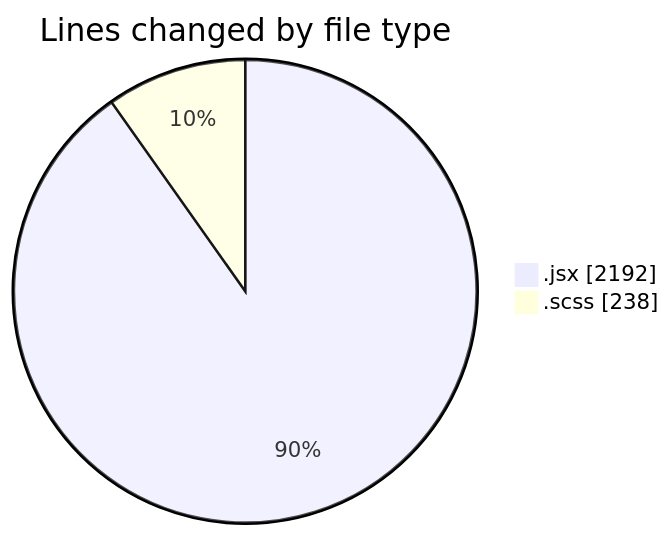
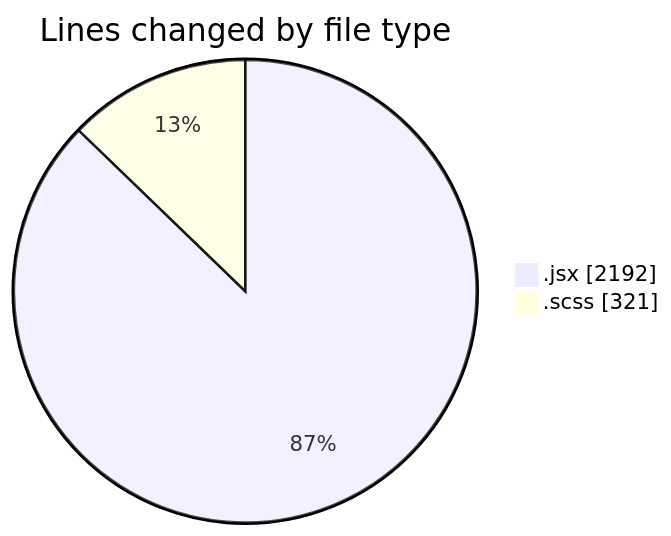
One commit to momahboobian/code-tracking changed the first of 2 diagrams in 2026-09-02/cda/README.md. Above: the diagram before and after it, drawn with Mermaid. The commit also changed other lines of this file and 1 other file, not shown here.

````diff
--- a/2026-09-02/cda/README.md
+++ b/2026-09-02/cda/README.md
@@ -28,6 +28,6 @@
 ```mermaid
 pie showData
 title Lines changed by file type
 ".jsx" : 2192
-".scss" : 238
+".scss" : 321
 ```
````
